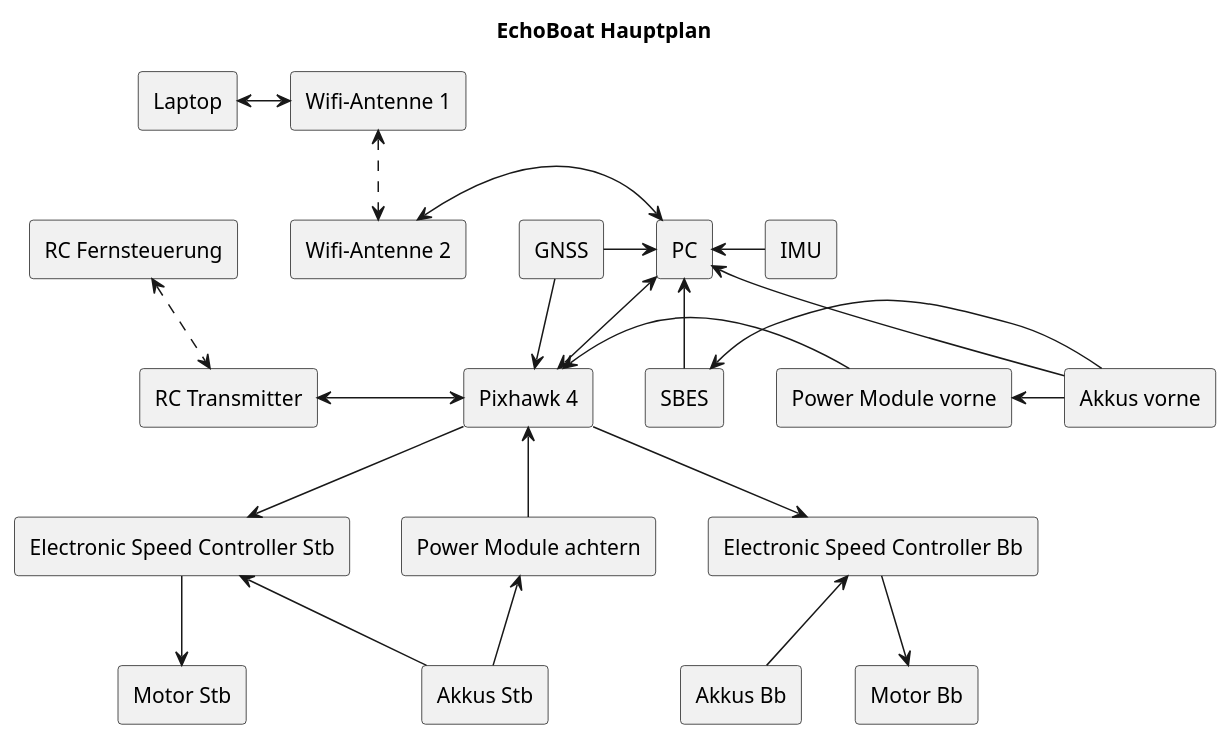
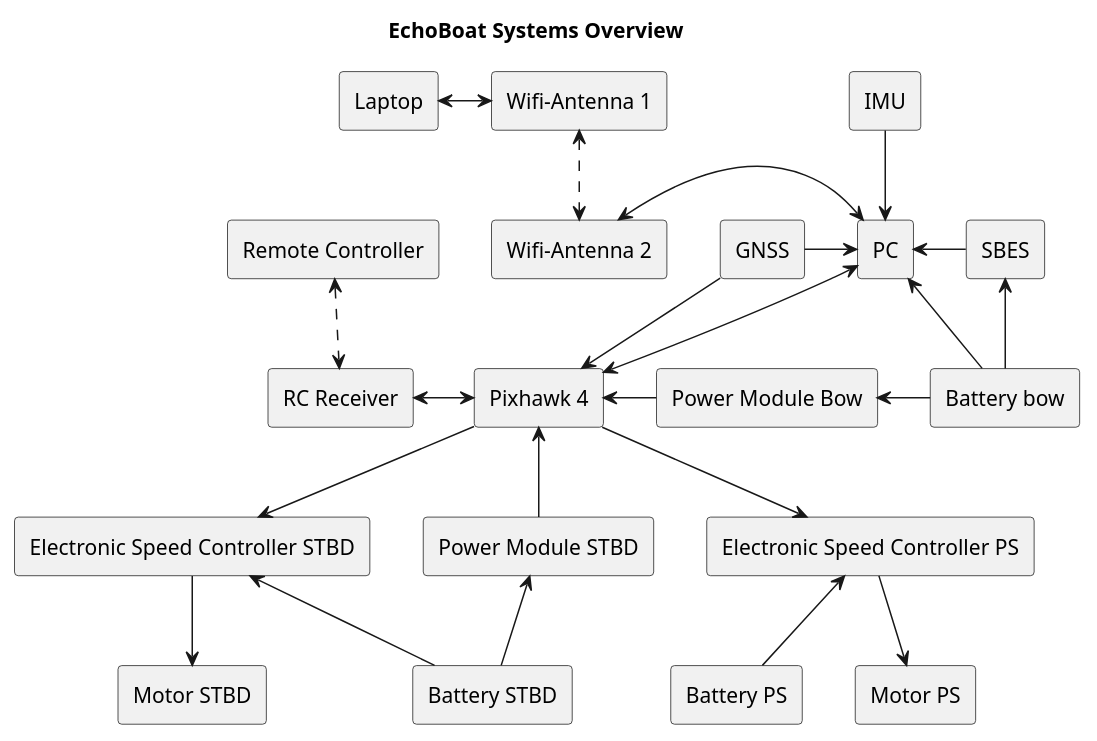
One commit to MalteBiermann/EchoBoat changed the diagram in electrical_plans/overview/overview.plantuml. Above: the diagram before and after it, drawn with PlantUML.

Commit message:
translated to english

```diff
--- a/electrical_plans/overview/overview.plantuml
+++ b/electrical_plans/overview/overview.plantuml
@@ -1,59 +1,59 @@
 @startuml
-title "EchoBoat Hauptplan"
+title "EchoBoat Systems Overview"
 skinparam componentStyle rectangle
 
 component "Pixhawk 4" as PH
 component "PC"
 component "SBES"
 component "GNSS"
 component "IMU"
-component "Power Module achtern" as PMaft
-component "Power Module vorne" as PMbow
-component "Akkus Bb"
-component "Akkus Stb"
-component "Akkus vorne"
-component "Electronic Speed Controller Bb" as ESCBb
-component "Electronic Speed Controller Stb" as ESCStb
-component "Motor Bb"
-component "Motor Stb"
-component "RC Transmitter" as RCtrans
+component "Power Module STBD" as PMaft
+component "Power Module Bow" as PMbow
+component "Battery PS"
+component "Battery STBD"
+component "Battery bow"
+component "Electronic Speed Controller PS" as ESCPS
+component "Electronic Speed Controller STBD" as ESCSTBD
+component "Motor PS"
+component "Motor STBD"
+component "RC Receiver" as RCtrans
 
-component "RC Fernsteuerung" as RC
+component "Remote Controller" as RC
 component "Laptop"
-component "Wifi-Antenne 1" as Wifi1
-component "Wifi-Antenne 2" as Wifi2
+component "Wifi-Antenna 1" as Wifi1
+component "Wifi-Antenna 2" as Wifi2
 
 RCtrans <-right-> PH
 RC <..> RCtrans
 
 [Laptop] <-> Wifi1
 Wifi1 <..> Wifi2
 Wifi2 <-> PC
 
 PH <-right- PMbow
 PH <-down- PMaft
-PMaft <- [Akkus Stb]
-PMbow <- [Akkus vorne]
+PMaft <- [Battery STBD]
+PMbow <- [Battery bow]
 
 
 PH <-up-> [PC]
 
 [SBES] -left-> [PC]
-[SBES] <- [Akkus vorne]
-[PC] <- [Akkus vorne]
+[SBES] <-down- [Battery bow]
+[PC] <-down- [Battery bow]
 
-[PC] <- IMU
+[PC] <-up- IMU
 
 PH <-up- [GNSS]
 [GNSS] -> [PC]
 
-PH -down-> ESCBb
-PH -down-> ESCStb
+PH -down-> ESCPS
+PH -down-> ESCSTBD
 
-ESCBb <-down- [Akkus Bb]
-ESCStb <-down- [Akkus Stb]
+ESCPS <-down- [Battery PS]
+ESCSTBD <-down- [Battery STBD]
 
-[Motor Bb] <-up- ESCBb
-[Motor Stb] <-up- ESCStb
+[Motor PS] <-up- ESCPS
+[Motor STBD] <-up- ESCSTBD
 
 @enduml
```
